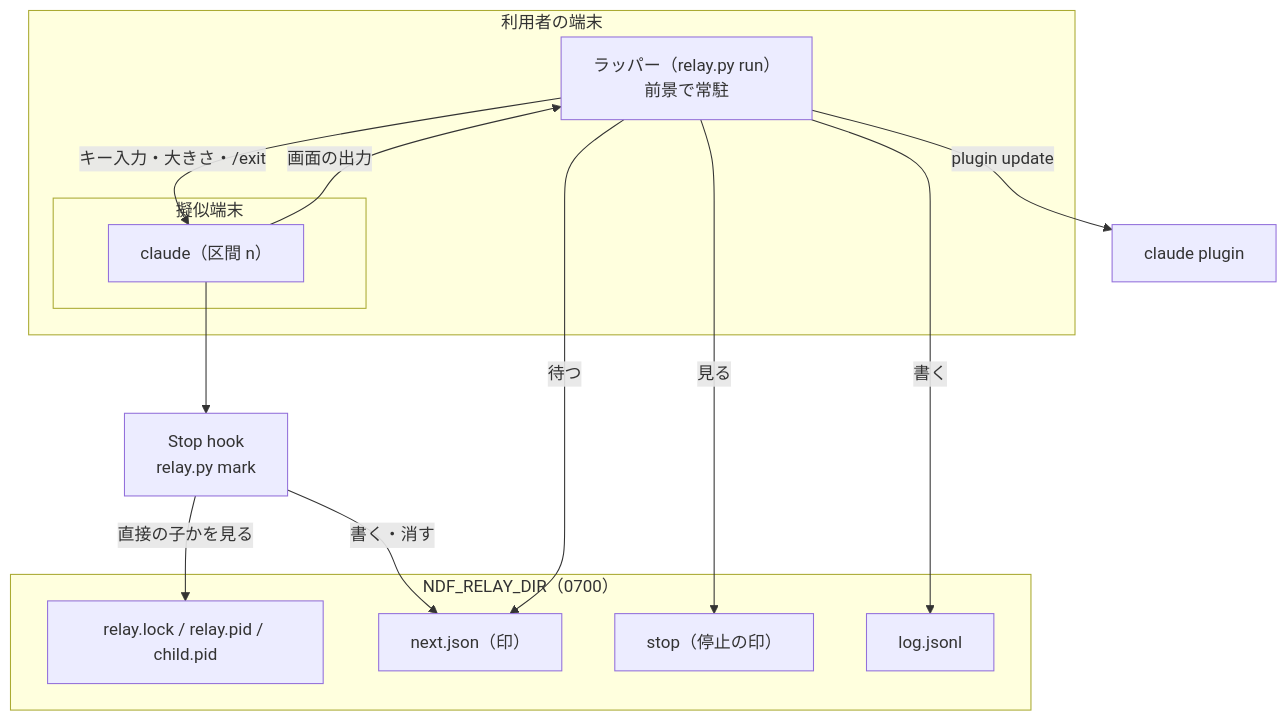
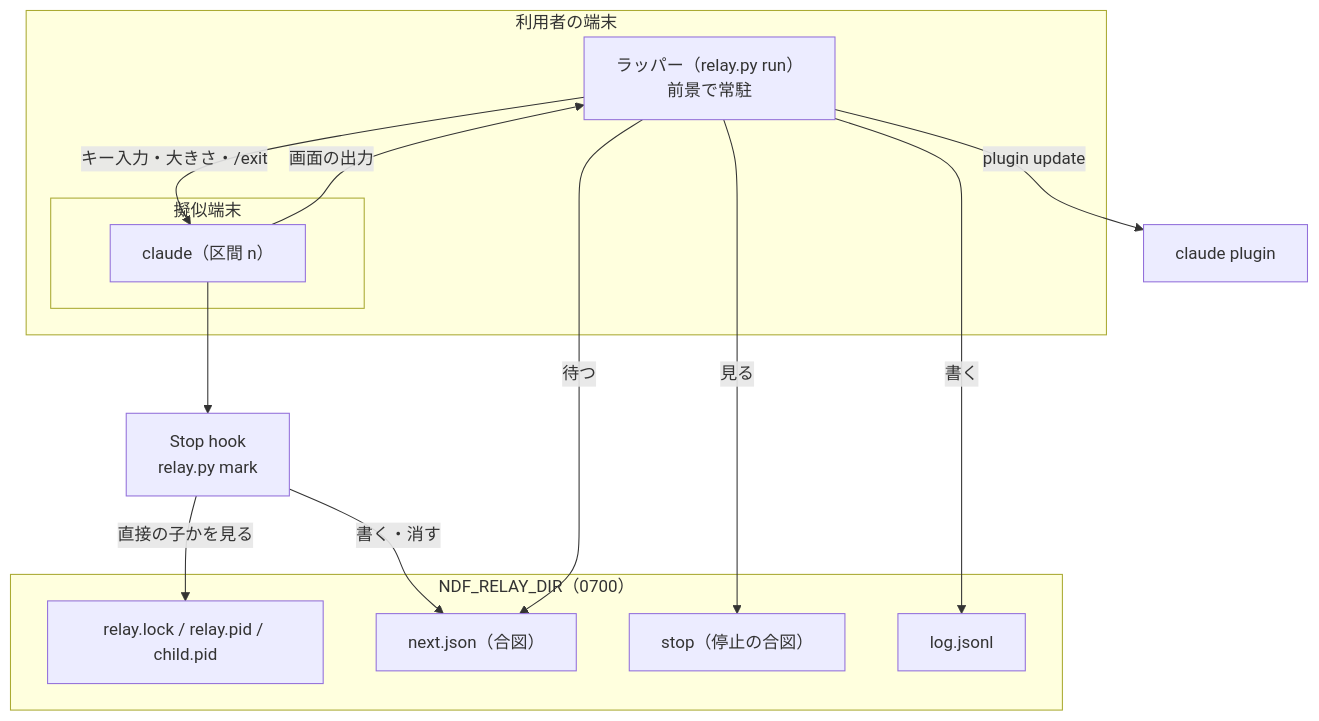
Before and after one commit to devbasex/ai-plugins: the first of 2 diagrams in docs/specifications/ndf-relay-segment-restart.md, drawn with Mermaid. The commit also changed other lines of this file and 120 other files, not shown here.

First line of the commit message:
Refactor: 印を合図・承認ラベル・危険フラグ・目印へ分ける（#1107）

````diff
--- a/docs/specifications/ndf-relay-segment-restart.md
+++ b/docs/specifications/ndf-relay-segment-restart.md
@@ -74,25 +74,25 @@
 ```mermaid
 graph TB
     subgraph term["利用者の端末"]
         R["ラッパー（relay.py run）<br/>前景で常駐"]
         subgraph pty["擬似端末"]
             C["claude（区間 n）"]
         end
     end
     H["Stop hook<br/>relay.py mark"]
     subgraph state["NDF_RELAY_DIR（0700）"]
         P[relay.lock / relay.pid / child.pid]
-        M["next.json（印）"]
-        S["stop（停止の印）"]
+        M["next.json（合図）"]
+        S["stop（停止の合図）"]
         L[log.jsonl]
     end
     R -->|キー入力・大きさ・/exit| C
     C -->|画面の出力| R
     C --> H
     H -->|書く・消す| M
     H -->|直接の子かを見る| P
     R -->|待つ| M
     R -->|見る| S
     R -->|書く| L
     R -->|plugin update| CP[claude plugin]
 ```
````
